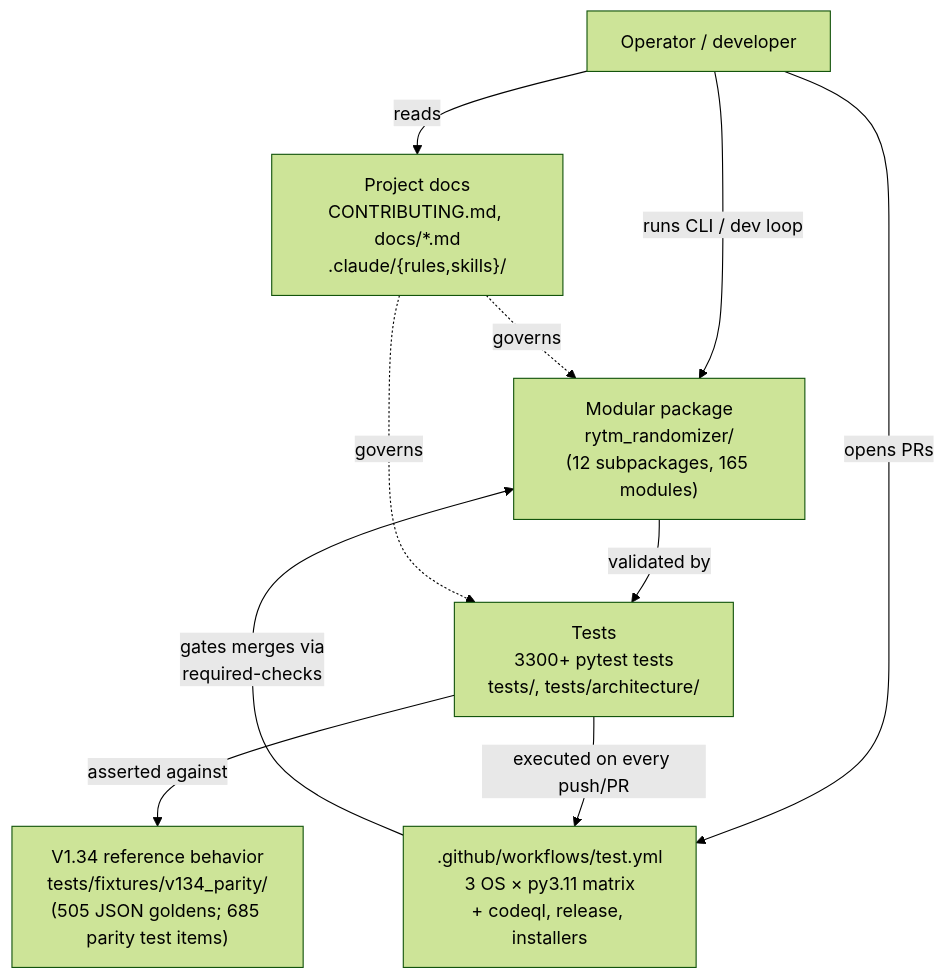
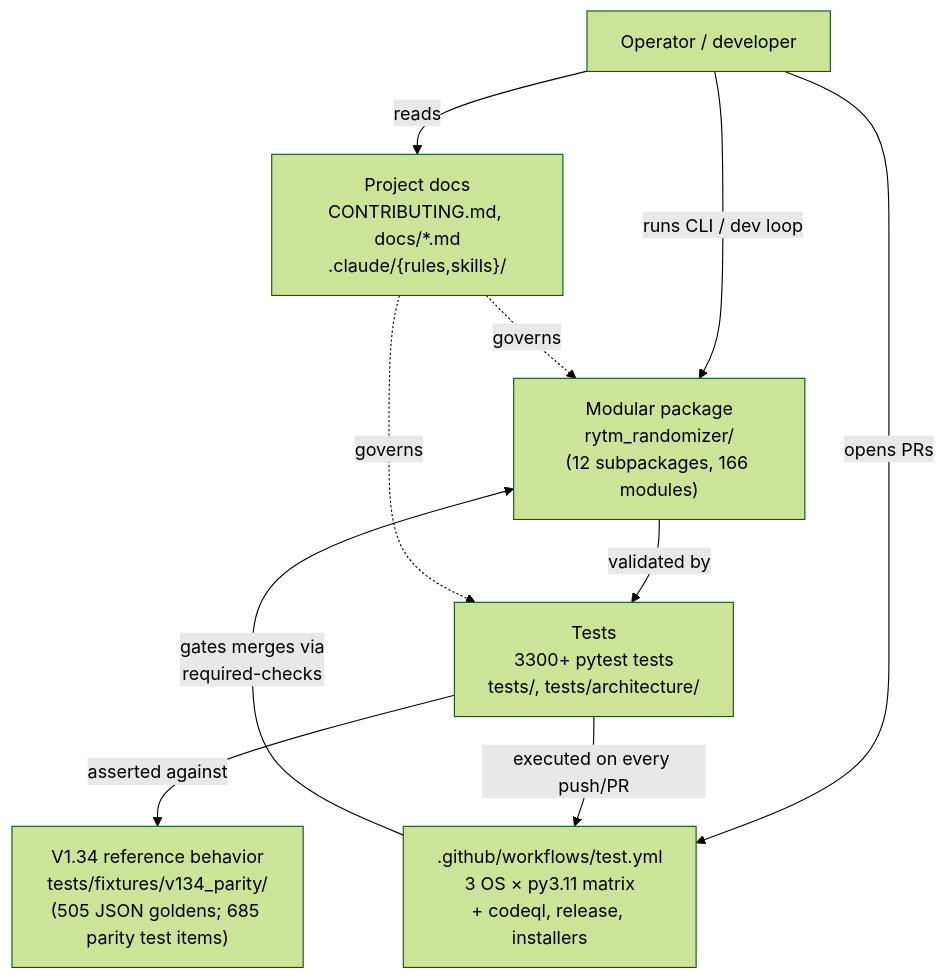
Before and after one commit to buzzijose-hub/RytmRandomizer: the first of 26 diagrams in docs/ARCHITECTURE_DIAGRAMS.md, drawn with Mermaid (forest theme). The commit also changed other lines of this file and 14 other files, not shown here.

````diff
--- a/docs/ARCHITECTURE_DIAGRAMS.md
+++ b/docs/ARCHITECTURE_DIAGRAMS.md
@@ -47,22 +47,22 @@
 ```mermaid
 flowchart TB
     User["Operator / developer"]
     V134["V1.34 reference behavior<br/>tests/fixtures/v134_parity/<br/>(505 JSON goldens; 685 parity test items)"]
-    Package["Modular package<br/>rytm_randomizer/<br/>(12 subpackages, 165 modules)"]
+    Package["Modular package<br/>rytm_randomizer/<br/>(12 subpackages, 166 modules)"]
     Tests["Tests<br/>3300+ pytest tests<br/>tests/, tests/architecture/"]
     CI[".github/workflows/test.yml<br/>3 OS × py3.11 matrix<br/>+ codeql, release, installers"]
     Docs["Project docs<br/>CONTRIBUTING.md, docs/*.md<br/>.claude/{rules,skills}/"]
 
     User -->|"runs CLI / dev loop"| Package
     User -->|"opens PRs"| CI
     User -->|"reads"| Docs
 
     Package -->|"validated by"| Tests
     Tests -->|"asserted against"| V134
     Tests -->|"executed on every push/PR"| CI
 
     CI -->|"gates merges via<br/>required-checks"| Package
 
     Docs -.->|"governs"| Package
     Docs -.->|"governs"| Tests
 ```
````
